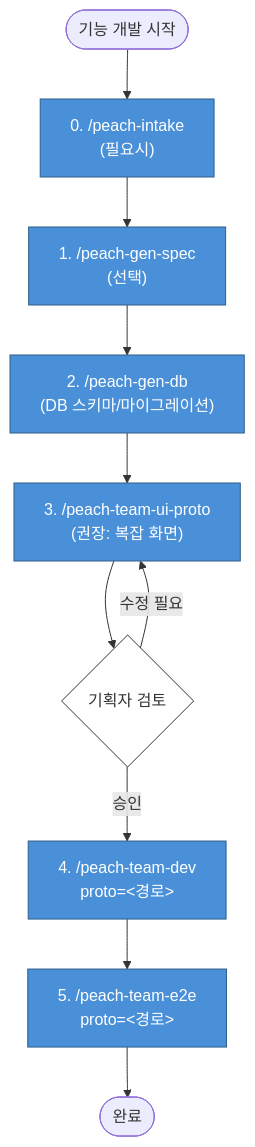
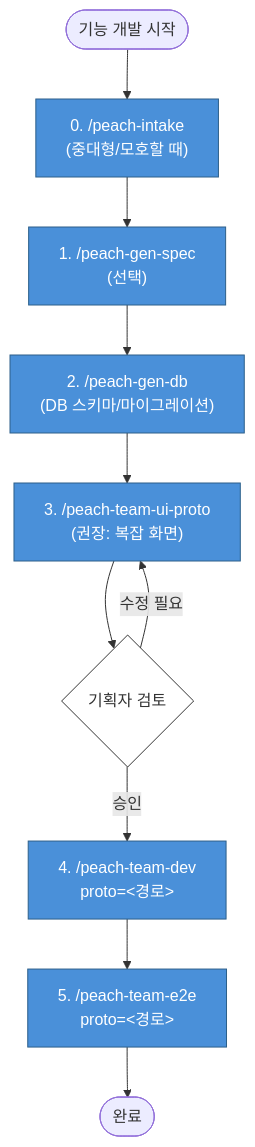
The first of 2 diagrams in docs/04-워크플로우.md (peachSolution/peach-harness), drawn with Mermaid before and after one commit. The commit also changed other lines of this file and 10 other files, not shown here.

````diff
--- a/docs/04-워크플로우.md
+++ b/docs/04-워크플로우.md
@@ -50,19 +52,19 @@
 ```mermaid
 flowchart TD
-    Start([기능 개발 시작]) --> Intake["0. /peach-intake<br/>(필요시)"]
+    Start([기능 개발 시작]) --> Intake["0. /peach-intake<br/>(중대형/모호할 때)"]
     Intake --> Spec["1. /peach-gen-spec<br/>(선택)"]
     Spec --> DB["2. /peach-gen-db<br/>(DB 스키마/마이그레이션)"]
     DB --> Proto["3. /peach-team-ui-proto<br/>(권장: 복잡 화면)"]
     Proto --> Review{"기획자 검토"}
     Review -->|수정 필요| Proto
     Review -->|승인| Dev["4. /peach-team-dev<br/>proto=&lt;경로&gt;"]
     Dev --> E2E["5. /peach-team-e2e<br/>proto=&lt;경로&gt;"]
     E2E --> End([완료])
 
     classDef tier1 fill:#4A90D9,stroke:#2C5F8A,color:#fff
     classDef gate fill:#E8913A,stroke:#B5702D,color:#fff
     classDef decision fill:#fff,stroke:#333,color:#333
 
     class Intake,Spec,DB,Proto,Dev,E2E tier1
     class Review decision
 ```
````
